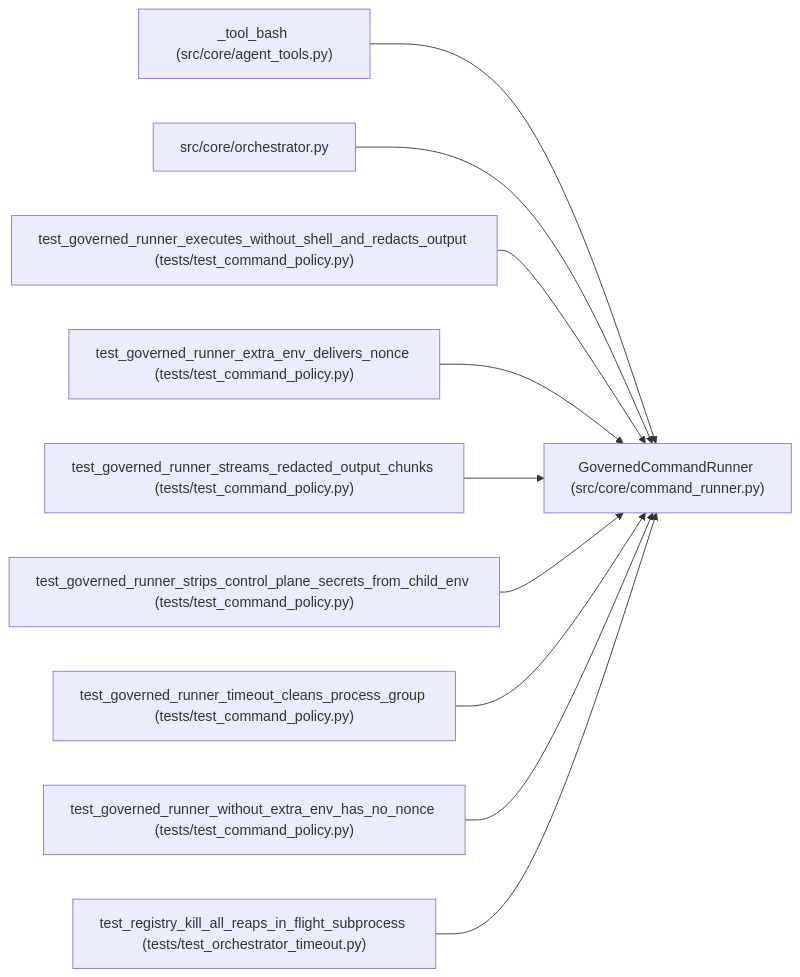
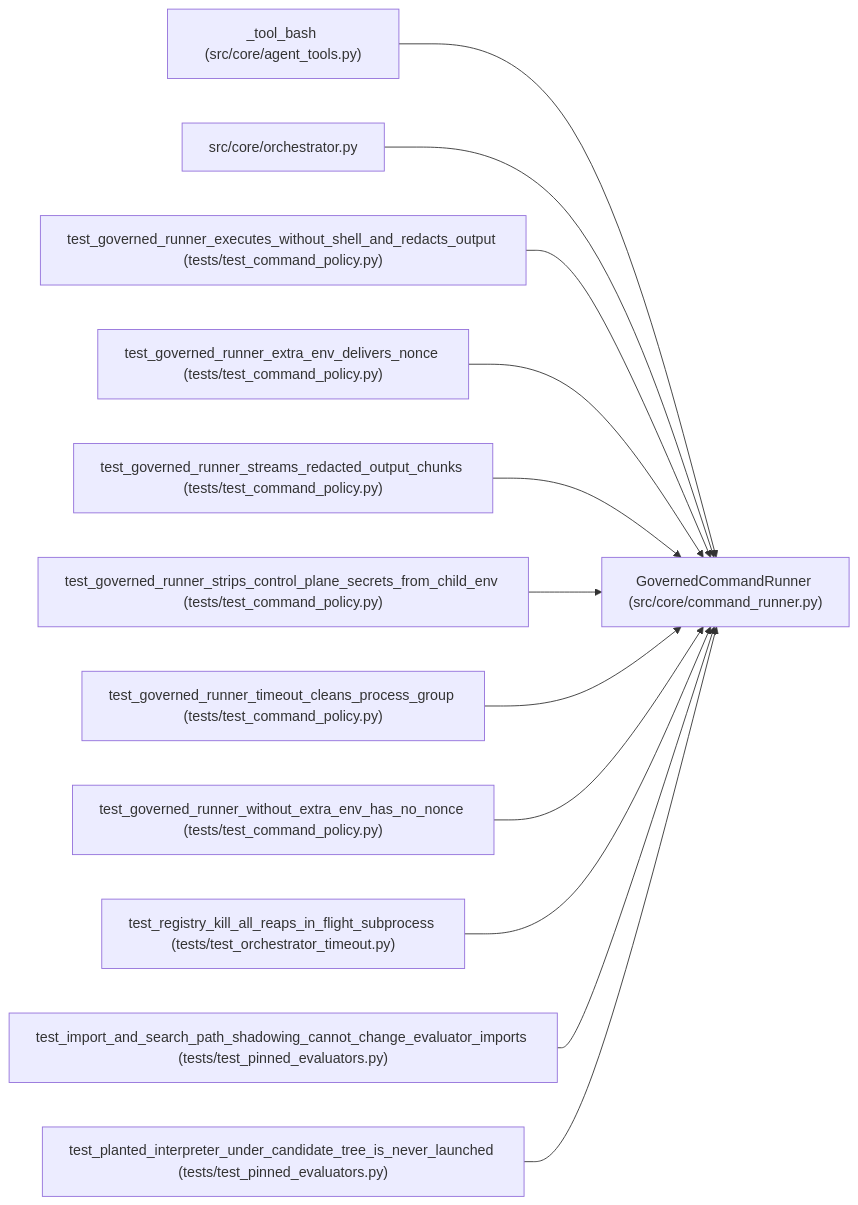
One commit to Denissvgn/autoresearch-agent changed the diagram in docs/llm_wiki/entities/GovernedCommandRunner.md. Above: the diagram before and after it, drawn with Mermaid. The commit also changed other lines of this file and 54 other files, not shown here.

First line of the commit message:
docs(wiki): sync pages for the pinned evaluator and interpreter environment

````diff
--- a/docs/llm_wiki/entities/GovernedCommandRunner.md
+++ b/docs/llm_wiki/entities/GovernedCommandRunner.md
@@ -26,32 +26,38 @@
 ```mermaid
 flowchart LR
     n0["GovernedCommandRunner (src/core/command_runner.py)"]
     n1["_tool_bash (src/core/agent_tools.py)"]
     n2["src/core/orchestrator.py"]
     n3["test_governed_runner_executes_without_shell_and_redacts_output (tests/test_command_policy.py)"]
     n4["test_governed_runner_extra_env_delivers_nonce (tests/test_command_policy.py)"]
     n5["test_governed_runner_streams_redacted_output_chunks (tests/test_command_policy.py)"]
     n6["test_governed_runner_strips_control_plane_secrets_from_child_env (tests/test_command_policy.py)"]
     n7["test_governed_runner_timeout_cleans_process_group (tests/test_command_policy.py)"]
     n8["test_governed_runner_without_extra_env_has_no_nonce (tests/test_command_policy.py)"]
     n9["test_registry_kill_all_reaps_in_flight_subprocess (tests/test_orchestrator_timeout.py)"]
+    n10["test_import_and_search_path_shadowing_cannot_change_evaluator_imports (tests/test_pinned_evaluators.py)"]
+    n11["test_planted_interpreter_under_candidate_tree_is_never_launched (tests/test_pinned_evaluators.py)"]
     n1 --> n0
     n2 --> n0
     n3 --> n0
     n4 --> n0
     n5 --> n0
     n6 --> n0
     n7 --> n0
     n8 --> n0
     n9 --> n0
+    n10 --> n0
+    n11 --> n0
     click n0 "../modules/command_runner.md"
     click n1 "../modules/agent_tools.md"
     click n2 "../modules/orchestrator.md"
     click n3 "../modules/test_command_policy.md"
     click n4 "../modules/test_command_policy.md"
     click n5 "../modules/test_command_policy.md"
     click n6 "../modules/test_command_policy.md"
     click n7 "../modules/test_command_policy.md"
     click n8 "../modules/test_command_policy.md"
     click n9 "../modules/test_orchestrator_timeout.md"
+    click n10 "../modules/test_pinned_evaluators.md"
+    click n11 "../modules/test_pinned_evaluators.md"
 ```
````
